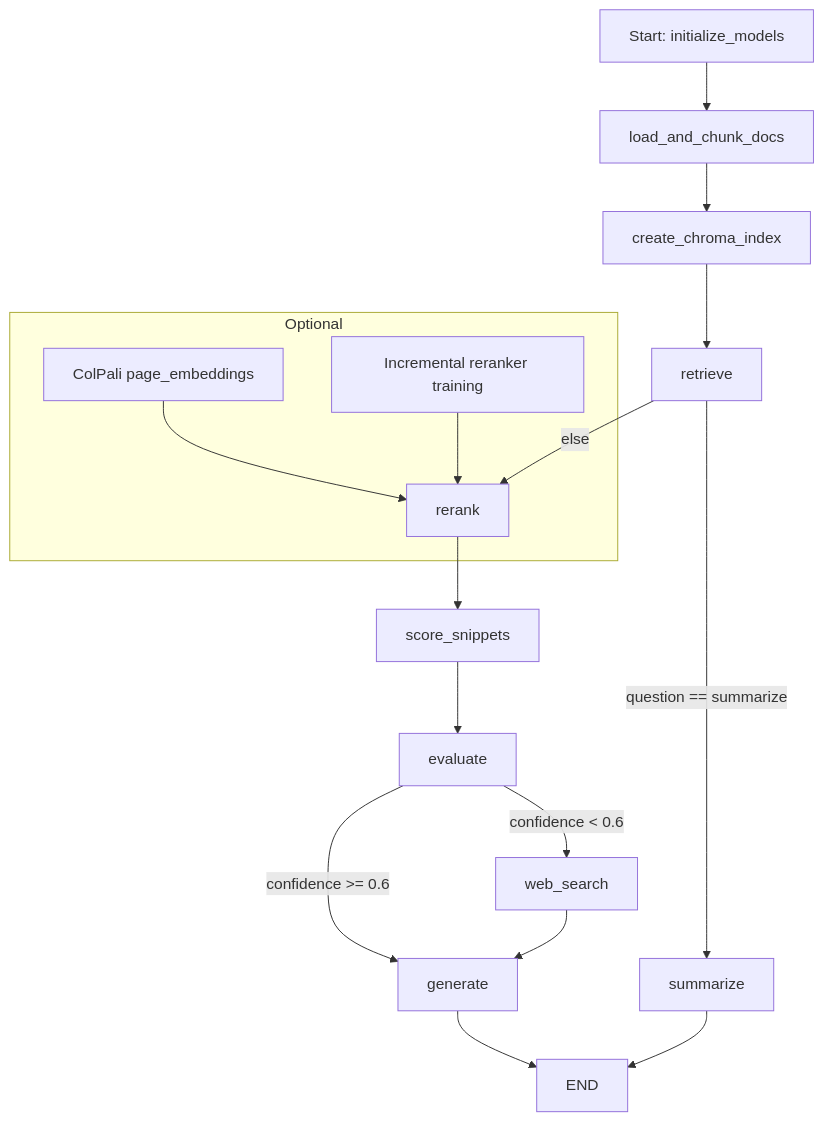
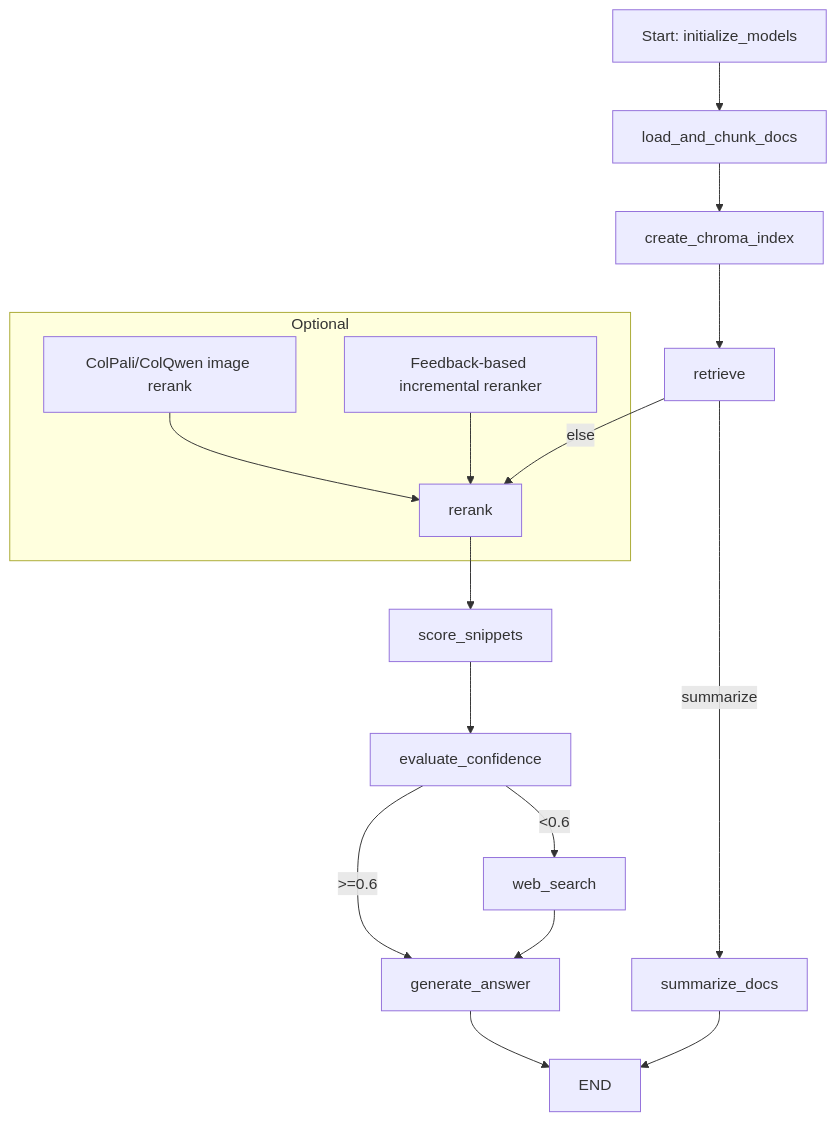
One commit to ayushaks999/RaG_Chatbot changed the diagram in README.md. Above: the diagram before and after it, drawn with Mermaid. The commit also changed other lines of this file, not shown here.

````diff
--- a/README.md
+++ b/README.md
@@ -174,20 +87,20 @@
 ```mermaid
 flowchart TD
   A[Start: initialize_models] --> B[load_and_chunk_docs]
   B --> C[create_chroma_index]
   C --> D[retrieve]
-  D -->|question == summarize| M[summarize]
+  D -->|summarize| M[summarize_docs]
   D -->|else| E[rerank]
   E --> F[score_snippets]
-  F --> G[evaluate]
-  G -->|confidence >= 0.6| H[generate]
-  G -->|confidence < 0.6| I[web_search]
+  F --> G[evaluate_confidence]
+  G -->|>=0.6| H[generate_answer]
+  G -->|<0.6| I[web_search]
   I --> H
   H --> Z[END]
   M --> Z
 
   subgraph Optional
-    I2[ColPali page_embeddings] --> E
-    J[Incremental reranker training] --> E
+    I2[ColPali/ColQwen image rerank] --> E
+    J[Feedback-based incremental reranker] --> E
   end
 ```
````
